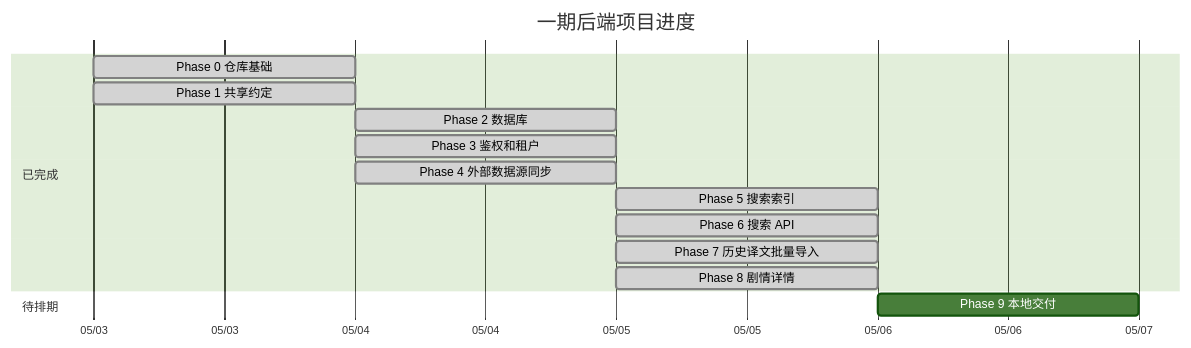
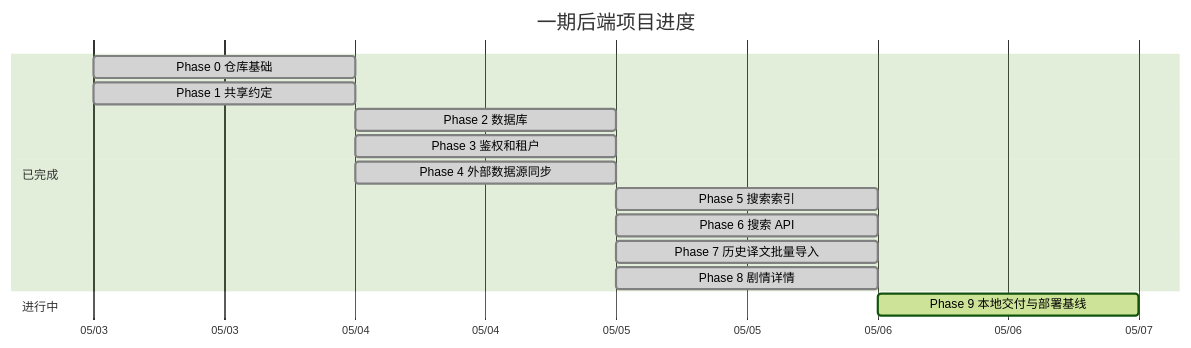
Before and after one commit to Cinea4678/SekaiPlatform: the diagram in README.md, drawn with Mermaid (forest theme). The commit also changed other lines of this file and 10 other files, not shown here.

````diff
--- a/README.md
+++ b/README.md
@@ -9,20 +9,20 @@
 ```mermaid
 gantt
     title 一期后端项目进度
     dateFormat  YYYY-MM-DD
     axisFormat  %m/%d
 
     section 已完成
     Phase 0 仓库基础           :done, p0, 2026-05-03, 1d
     Phase 1 共享约定           :done, p1, 2026-05-03, 1d
     Phase 2 数据库             :done, p2, 2026-05-04, 1d
     Phase 3 鉴权和租户         :done, p3, 2026-05-04, 1d
     Phase 4 外部数据源同步     :done, p4, 2026-05-04, 1d
     Phase 5 搜索索引           :done, p5, 2026-05-05, 1d
     Phase 6 搜索 API           :done, p6, 2026-05-05, 1d
     Phase 7 历史译文批量导入   :done, p7, 2026-05-05, 1d
     Phase 8 剧情详情           :done, p8, 2026-05-05, 1d
 
-    section 待排期
-    Phase 9 本地交付           :p9, after p8, 1d
+    section 进行中
+    Phase 9 本地交付与部署基线 :active, p9, after p8, 1d
 ```
````
